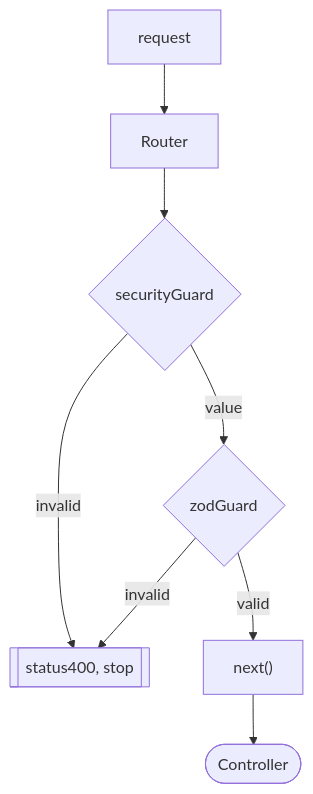
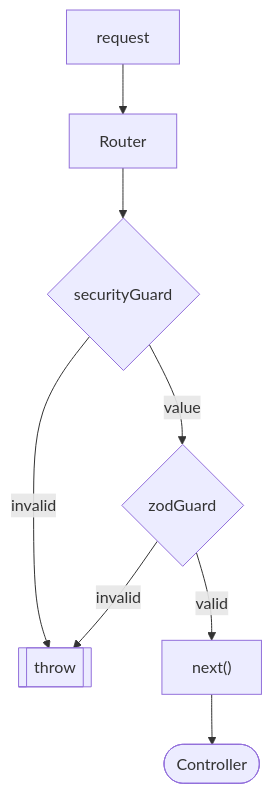
The first of 3 diagrams in docs/BE_Security.md (fujitashuichi/shared-driven-layered-ddd), drawn with Mermaid before and after one commit. The commit also changed other lines of this file and 39 other files, not shown here.

````diff
--- a/docs/BE_Security.md
+++ b/docs/BE_Security.md
@@ -53,10 +53,10 @@
 ```mermaid
 graph TD
 Req[request] --> Router
 Router --> ReqSecurity{securityGuard}
-  ReqSecurity -- invalid --> Error[[status400, stop]]
+  ReqSecurity -- invalid --> Error[[throw]]
   ReqSecurity -- value --> ReqZod{zodGuard}
   ReqZod -- invalid --> Error
   ReqZod -- valid --> Next["next()"]
   Next --> Controller([Controller])
 ```
````
